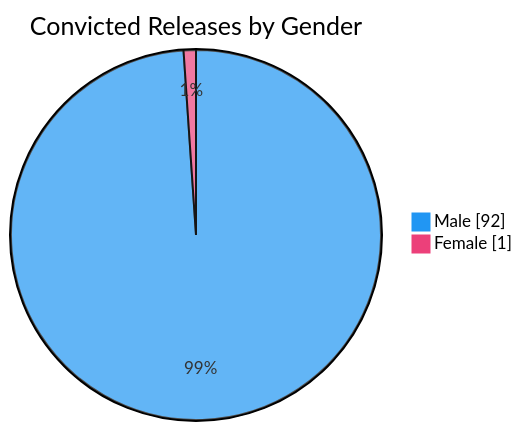
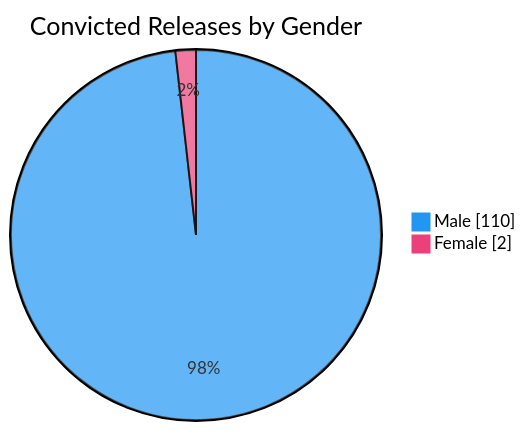
One commit to nuuuwan/lk_prisons changed the sixth of 7 diagrams in README.md. Above: the diagram before and after it, drawn with Mermaid. The commit also changed other lines of this file and 1 other file, not shown here.

````diff
--- a/README.md
+++ b/README.md
@@ -98,6 +98,6 @@
 ```mermaid
 %%{init: {'themeVariables': {'pie1': '#2196F3', 'pie2': '#EC407A'}}}%%
 pie showData title Convicted Releases by Gender
-    "Male" : 92
-    "Female" : 1
+    "Male" : 110
+    "Female" : 2
 ```
````
